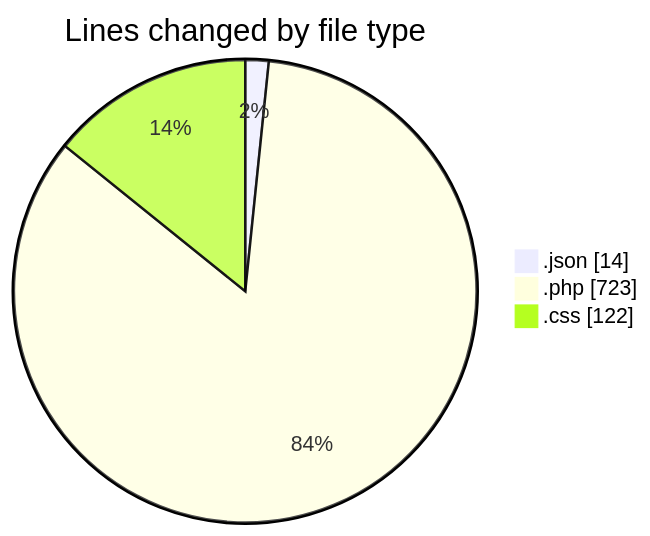
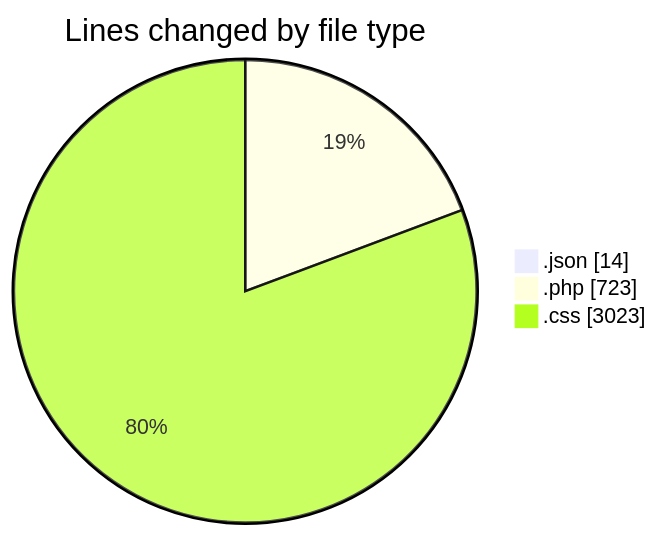
Before and after one commit to debugP/code-tracking: the first of 2 diagrams in 2026-07-27/untitled__workspace_/README.md, drawn with Mermaid. The commit also changed other lines of this file and 1 other file, not shown here.

````diff
--- a/2026-07-27/untitled__workspace_/README.md
+++ b/2026-07-27/untitled__workspace_/README.md
@@ -23,7 +24,7 @@
 ```mermaid
 pie showData
 title Lines changed by file type
 ".json" : 14
 ".php" : 723
-".css" : 122
+".css" : 3023
 ```
````
